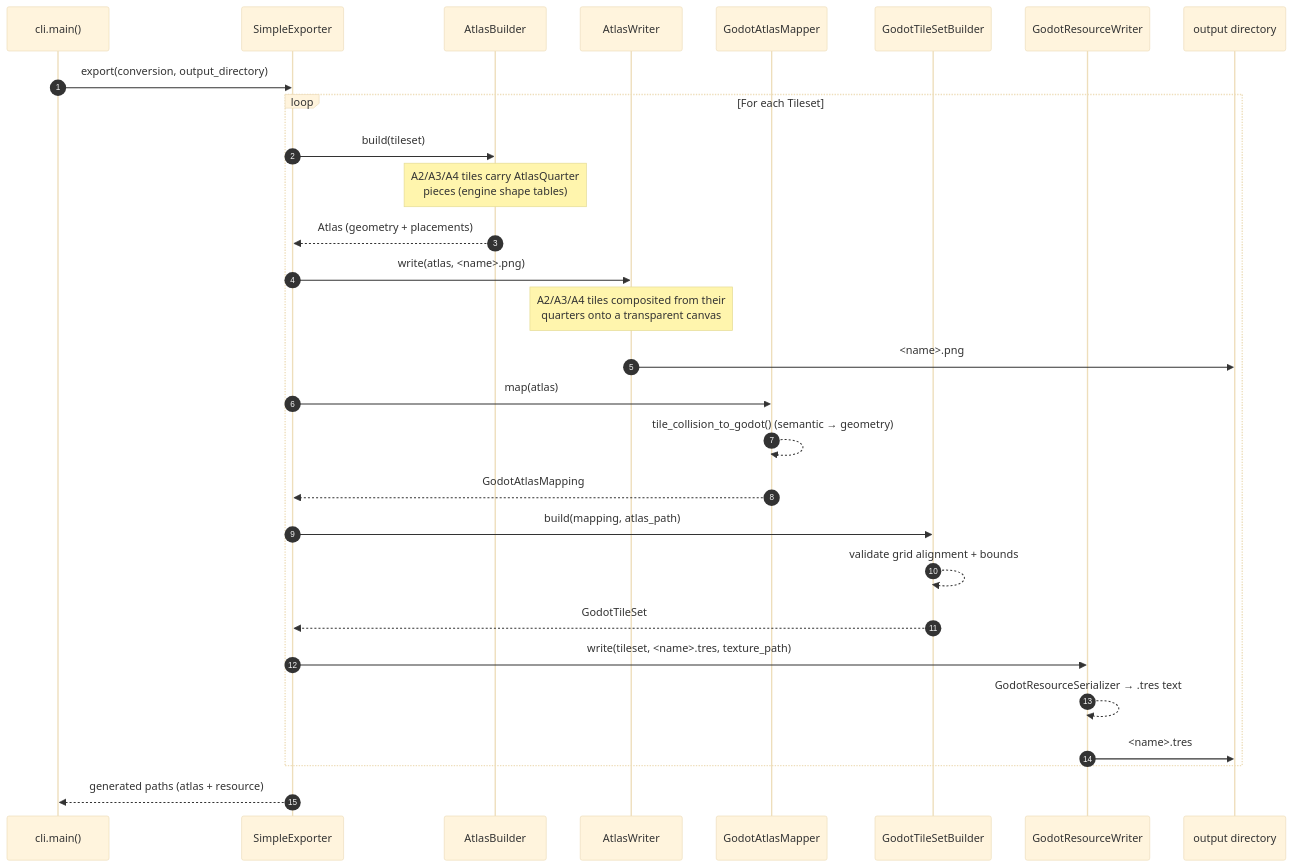
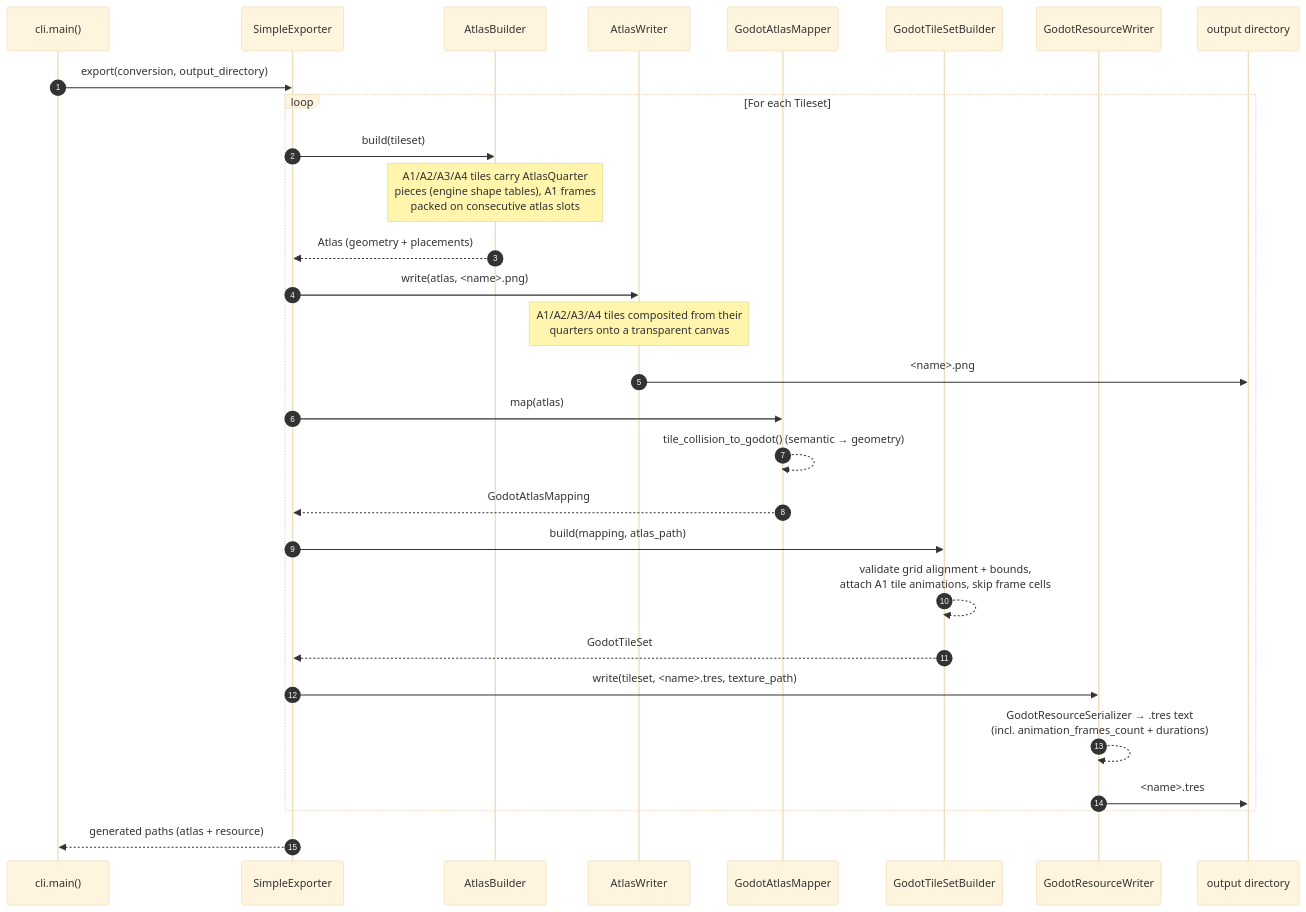
The fourth of 4 diagrams in README.md (ultra-sonic-28/rpgmaker2godot), drawn with Mermaid (base theme) before and after one commit. The commit also changed other lines of this file and 23 other files, not shown here.

````diff
--- a/README.md
+++ b/README.md
@@ -570,32 +657,32 @@
 ```mermaid
 sequenceDiagram
     autonumber
     participant CLI as cli.main()
     participant E as SimpleExporter
     participant AB as AtlasBuilder
     participant AW as AtlasWriter
     participant GM as GodotAtlasMapper
     participant TB as GodotTileSetBuilder
     participant RW as GodotResourceWriter
     participant FS as output directory
 
     CLI->>E: export(conversion, output_directory)
     loop For each Tileset
         E->>AB: build(tileset)
-        Note over AB: A2/A3/A4 tiles carry AtlasQuarter<br/>pieces (engine shape tables)
+        Note over AB: A1/A2/A3/A4 tiles carry AtlasQuarter<br/>pieces (engine shape tables), A1 frames<br/>packed on consecutive atlas slots
         AB-->>E: Atlas (geometry + placements)
         E->>AW: write(atlas, <name>.png)
-        Note over AW: A2/A3/A4 tiles composited from their<br/>quarters onto a transparent canvas
+        Note over AW: A1/A2/A3/A4 tiles composited from their<br/>quarters onto a transparent canvas
         AW->>FS: <name>.png
         E->>GM: map(atlas)
         GM-->>GM: tile_collision_to_godot() (semantic → geometry)
         GM-->>E: GodotAtlasMapping
         E->>TB: build(mapping, atlas_path)
-        TB-->>TB: validate grid alignment + bounds
+        TB-->>TB: validate grid alignment + bounds,<br/>attach A1 tile animations, skip frame cells
         TB-->>E: GodotTileSet
         E->>RW: write(tileset, <name>.tres, texture_path)
-        RW-->>RW: GodotResourceSerializer → .tres text
+        RW-->>RW: GodotResourceSerializer → .tres text<br/>(incl. animation_frames_count + durations)
         RW->>FS: <name>.tres
     end
     E-->>CLI: generated paths (atlas + resource)
 ```
````
